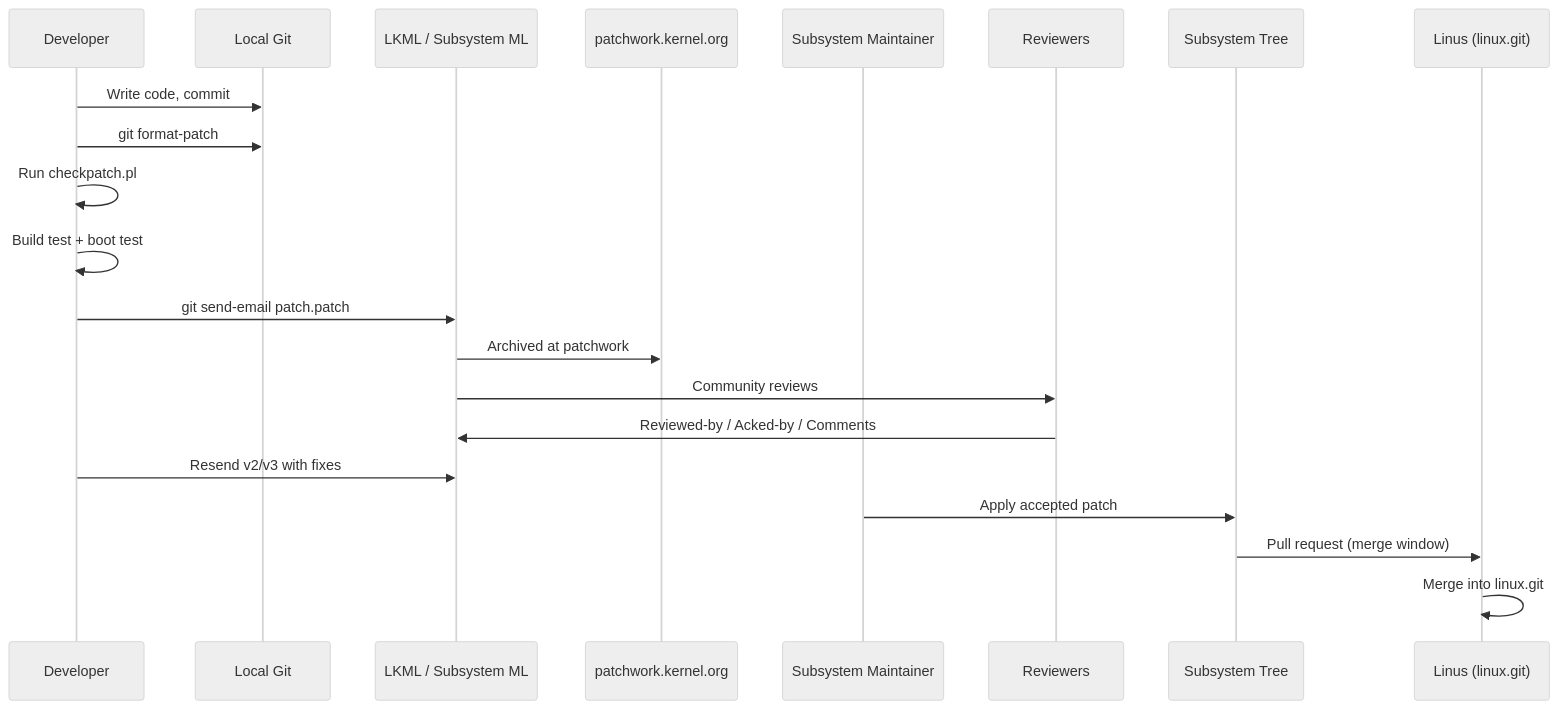
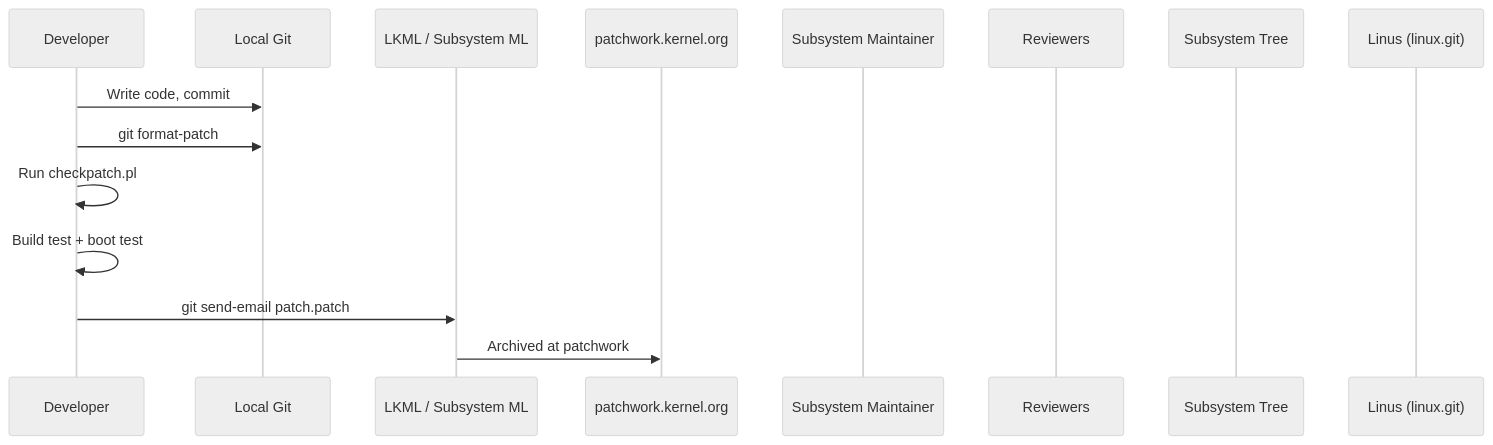
Before and after one commit to nilprajapati97/03_Kernel_Explore: the second of 3 diagrams in 02_Understand_Linux_Kernel/01_Getting_Started_With_The_Kernel/05_Kernel_Development_Community.md, drawn with Mermaid (neutral theme). The commit also changed other lines of this file and 24 other files, not shown here.

````diff
--- a/02_Understand_Linux_Kernel/01_Getting_Started_With_The_Kernel/05_Kernel_Development_Community.md
+++ b/02_Understand_Linux_Kernel/01_Getting_Started_With_The_Kernel/05_Kernel_Development_Community.md
@@ -44,24 +43,18 @@
 ```mermaid
 sequenceDiagram
     participant Dev as Developer
     participant Git as Local Git
     participant LKML as LKML / Subsystem ML
     participant Bot as patchwork.kernel.org
     participant Maint as Subsystem Maintainer
     participant Review as Reviewers
     participant Tree as Subsystem Tree
     participant Linus as Linus (linux.git)
 
     Dev->>Git: Write code, commit
     Dev->>Git: git format-patch
     Dev->>Dev: Run checkpatch.pl
     Dev->>Dev: Build test + boot test
     Dev->>LKML: git send-email patch.patch
     LKML->>Bot: Archived at patchwork
-    LKML->>Review: Community reviews
-    Review->>LKML: Reviewed-by / Acked-by / Comments
-    Dev->>LKML: Resend v2/v3 with fixes
-    Maint->>Tree: Apply accepted patch
-    Tree->>Linus: Pull request (merge window)
-    Linus->>Linus: Merge into linux.git
 ```
````
